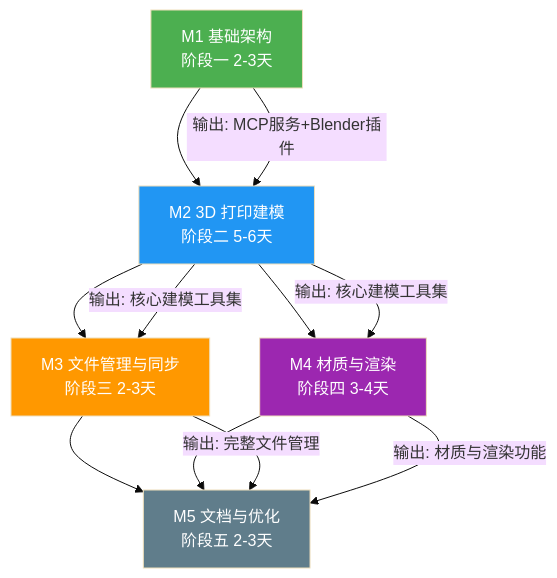
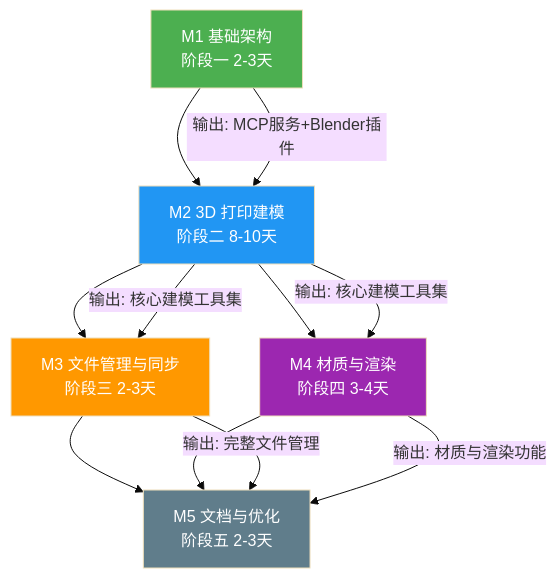
One commit to xjdxjd/Blender-MCP changed the second of 2 diagrams in document/开发计划.md. Above: the diagram before and after it, drawn with Mermaid (base theme). The commit also changed other lines of this file and 3 other files, not shown here.

````diff
--- a/document/开发计划.md
+++ b/document/开发计划.md
@@ -77,20 +78,20 @@
 ```mermaid
 flowchart TD
-    M1["M1 基础架构<br/>阶段一 2-3天"] --> M2["M2 3D 打印建模<br/>阶段二 5-6天"]
+    M1["M1 基础架构<br/>阶段一 2-3天"] --> M2["M2 3D 打印建模<br/>阶段二 8-10天"]
     M2 --> M3["M3 文件管理与同步<br/>阶段三 2-3天"]
     M2 --> M4["M4 材质与渲染<br/>阶段四 3-4天"]
     M3 --> M5["M5 文档与优化<br/>阶段五 2-3天"]
     M4 --> M5
 
     M1 -->|"输出: MCP服务+Blender插件"| M2
     M2 -->|"输出: 核心建模工具集"| M3
     M2 -->|"输出: 核心建模工具集"| M4
     M3 -->|"输出: 完整文件管理"| M5
     M4 -->|"输出: 材质与渲染功能"| M5
 
     style M1 fill:#4CAF50,color:#fff
     style M2 fill:#2196F3,color:#fff
     style M3 fill:#FF9800,color:#fff
     style M4 fill:#9C27B0,color:#fff
     style M5 fill:#607D8B,color:#fff
 ```
````
